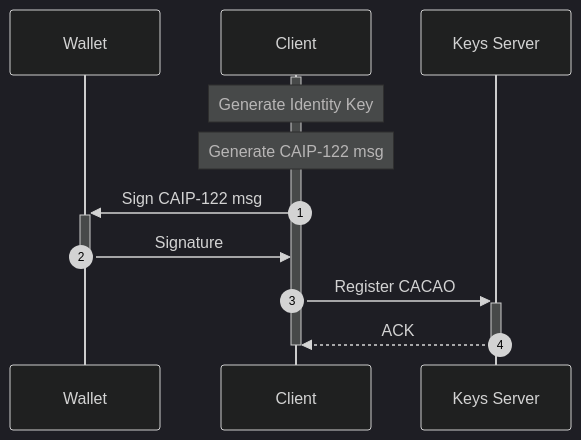
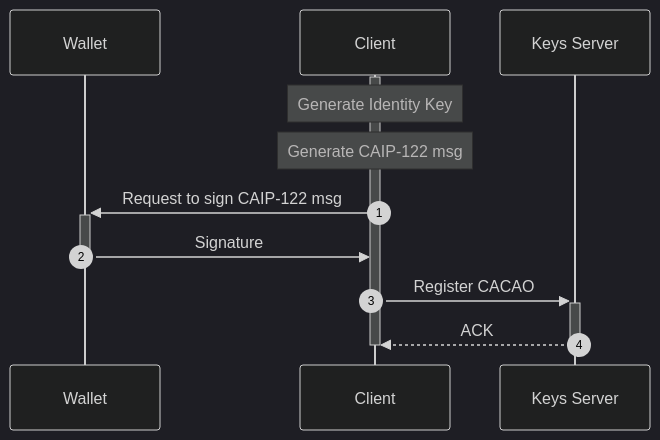
One commit to WalletConnect/walletconnect-specs changed the diagram in docs/specs/servers/keys/identity-keys.md. Above: the diagram before and after it, drawn with Mermaid (dark theme).

````diff
--- a/docs/specs/servers/keys/identity-keys.md
+++ b/docs/specs/servers/keys/identity-keys.md
@@ -5,16 +5,16 @@
 ```mermaid
 sequenceDiagram
     autonumber
     participant U AS Wallet
     participant C AS Client
     participant I AS Keys Server
 
     activate C
     Note over C: Generate Identity Key
     Note over C: Generate CAIP-122 msg
-    C->>+U: Sign CAIP-122 msg
+    C->>+U: Request to sign CAIP-122 msg
     U->>-C: Signature
     C->>+I: Register CACAO
     I-->>-C: ACK
     deactivate C
 ```
````
